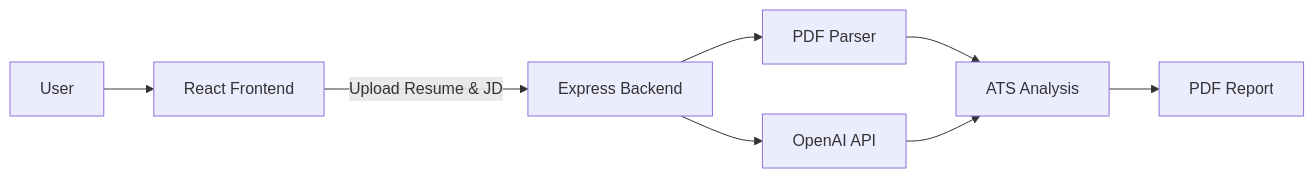
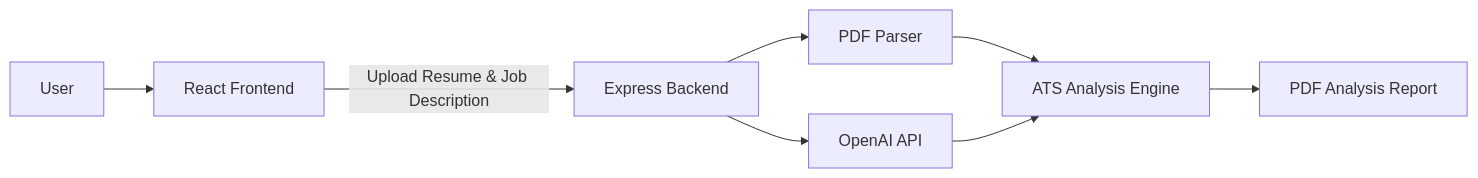
Before and after one commit to Prasanna-chinmalli/ai-resume-analyzer: the diagram in README.md, drawn with Mermaid. The commit also changed other lines of this file, not shown here.

Commit message:
Fix README formatting and architecture diagram

````diff
--- a/README.md
+++ b/README.md
@@ -92,10 +91,10 @@
 ```mermaid
 flowchart LR
-    U["User"] --> F["React Frontend"]
-    F -->|Upload Resume & JD| B["Express Backend"]
-    B --> P["PDF Parser"]
-    B --> O["OpenAI API"]
-    P --> A["ATS Analysis"]
-    O --> A
-    A --> R["PDF Report"]
+    U["User"] --> FE["React Frontend"]
+    FE -->|Upload Resume & Job Description| BE["Express Backend"]
+    BE --> PDF["PDF Parser"]
+    BE --> AI["OpenAI API"]
+    PDF --> ATS["ATS Analysis Engine"]
+    AI --> ATS
+    ATS --> REPORT["PDF Analysis Report"]
 ```
````
